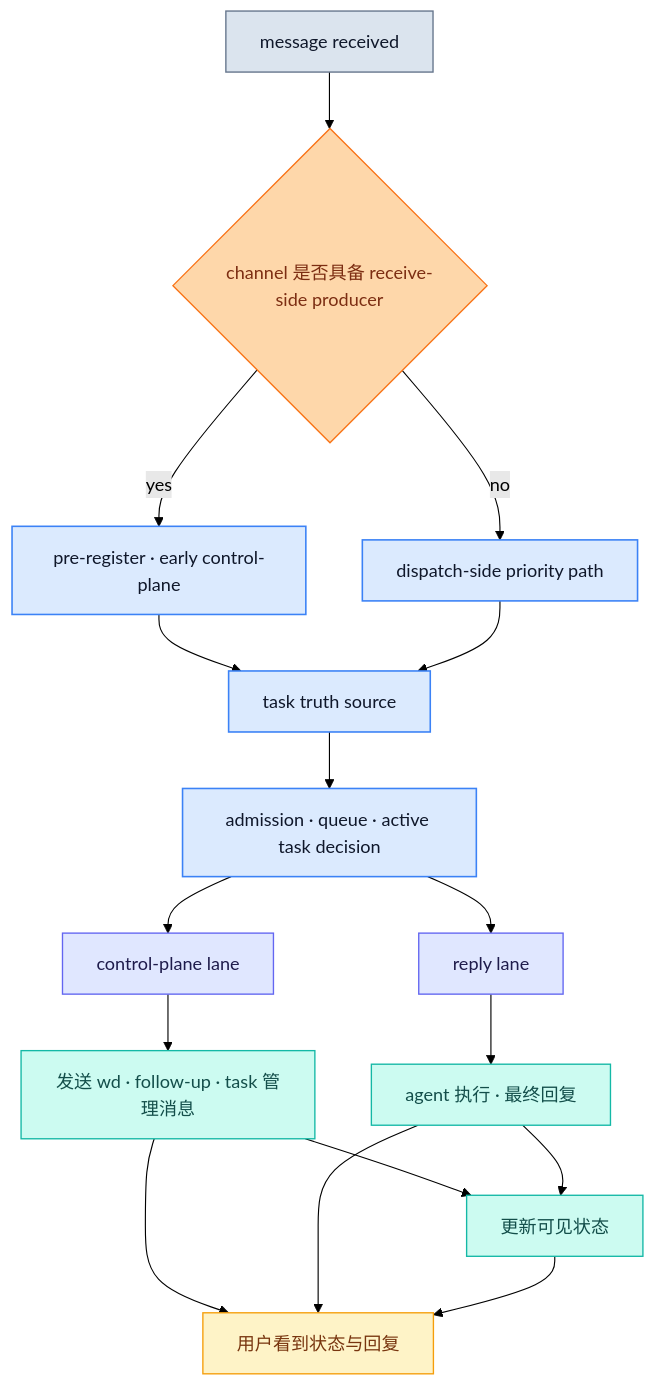
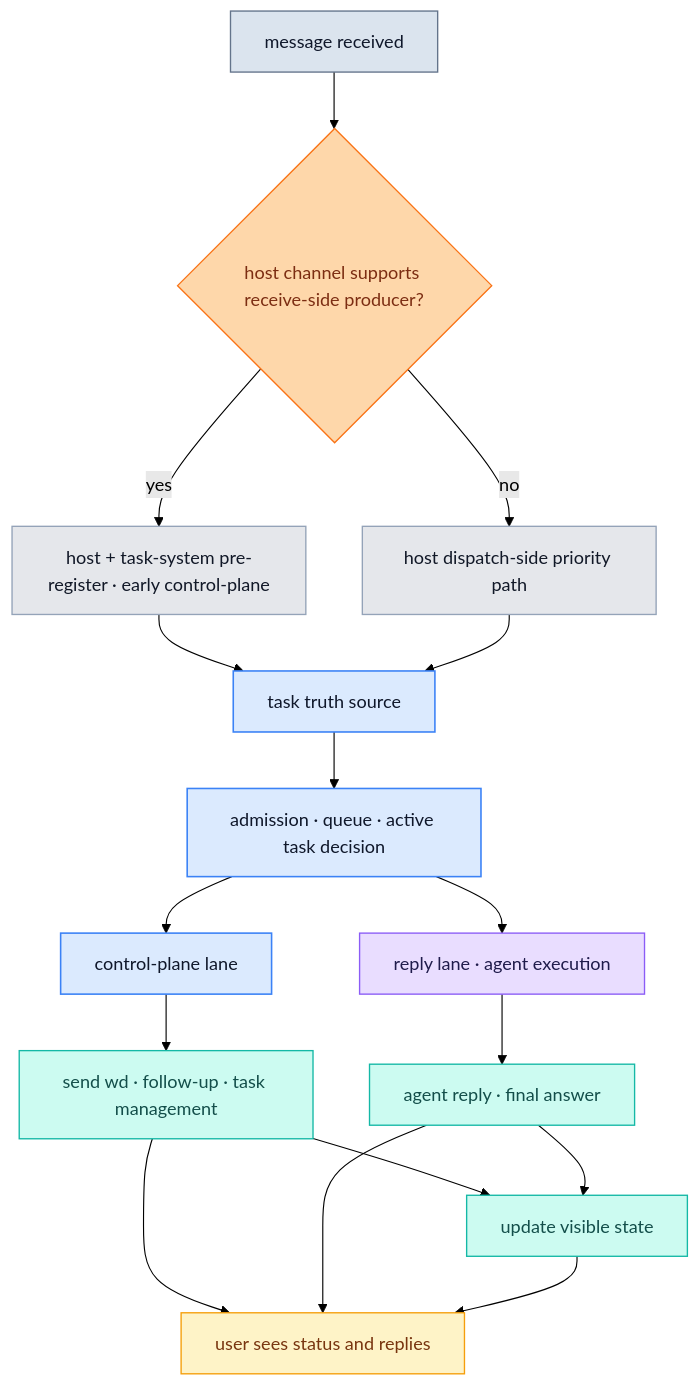
One commit to redcreen/openclaw-task-system changed the second of 3 diagrams in docs/architecture.md. Above: the diagram before and after it, drawn with Mermaid (forest theme). The commit also changed other lines of this file and 27 other files, not shown here.

````diff
--- a/docs/architecture.md
+++ b/docs/architecture.md
@@ -209,43 +251,45 @@
 ```mermaid
 flowchart TD
-    classDef source fill:#dbe4ee,stroke:#64748b,color:#0f172a,stroke-width:1.2px;
+    classDef user fill:#dbe4ee,stroke:#64748b,color:#0f172a,stroke-width:1.2px;
     classDef branch fill:#fed7aa,stroke:#f97316,color:#7c2d12,stroke-width:1.2px;
-    classDef core fill:#dbeafe,stroke:#3b82f6,color:#0f172a,stroke-width:1.4px;
-    classDef lane fill:#e0e7ff,stroke:#6366f1,color:#1e1b4b,stroke-width:1.2px;
+    classDef host fill:#e5e7eb,stroke:#94a3b8,color:#111827,stroke-width:1.2px;
+    classDef task fill:#dbeafe,stroke:#3b82f6,color:#0f172a,stroke-width:1.4px;
+    classDef llm fill:#e9ddff,stroke:#8b5cf6,color:#1f1b4b,stroke-width:1.2px;
     classDef output fill:#ccfbf1,stroke:#14b8a6,color:#134e4a,stroke-width:1.2px;
     classDef visible fill:#fef3c7,stroke:#f59e0b,color:#78350f,stroke-width:1.2px;
 
     M["message received"]
-    G{"channel 是否具备 receive-side producer"}
-    PR["pre-register · early control-plane"]
-    DP["dispatch-side priority path"]
+    G{"host channel supports receive-side producer?"}
+    PR["host + task-system pre-register · early control-plane"]
+    DP["host dispatch-side priority path"]
     TT["task truth source"]
     AD["admission · queue · active task decision"]
     CL["control-plane lane"]
-    RL["reply lane"]
-    CP["发送 wd · follow-up · task 管理消息"]
-    RR["agent 执行 · 最终回复"]
-    ST["更新可见状态"]
-    UV["用户看到状态与回复"]
+    RL["reply lane · agent execution"]
+    CP["send wd · follow-up · task management"]
+    RR["agent reply · final answer"]
+    ST["update visible state"]
+    UV["user sees status and replies"]
 
     M --> G
     G -- yes --> PR
     G -- no --> DP
     PR --> TT
     DP --> TT
     TT --> AD
     AD --> CL
     AD --> RL
     CL --> CP --> ST
     RL --> RR --> ST
     CP --> UV
     RR --> UV
     ST --> UV
 
-    class M source
+    class M user
     class G branch
-    class PR,DP,TT,AD core
-    class CL,RL lane
+    class PR,DP host
+    class TT,AD,CL task
+    class RL llm
     class CP,RR,ST output
     class UV visible
 ```
````
